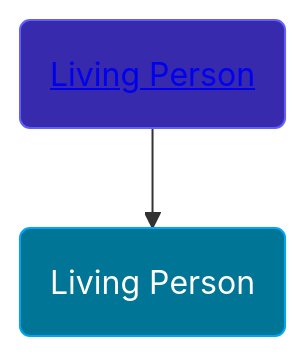
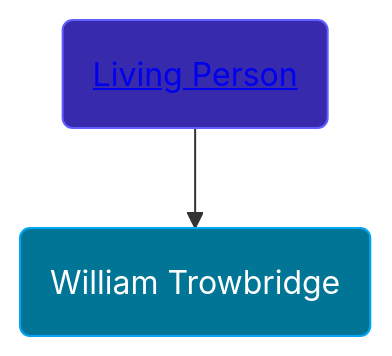
One commit to wpmgotkh/wpmgotkh.github.io changed the diagram in pages/people/5/57269298.md. Above: the diagram before and after it, drawn with Mermaid. The commit also changed other lines of this file and 586 other files, not shown here.

Commit message:
feat: better shouldConsiderPersonLiving algo

````diff
--- a/pages/people/5/57269298.md
+++ b/pages/people/5/57269298.md
@@ -10,8 +10,8 @@
 ```mermaid
 graph
 classDef grands fill:#193cb8,stroke:#2b7fff,stroke-width:1px,color:#fff;
 classDef parents fill:#372aac,stroke:#615fff,stroke-width:1px,color:#fff;
 classDef primary fill:#007595,stroke:#00a6f4,stroke-width:1px,color:#fff;
-57269298(Living Person):::primary
+57269298(William Trowbridge):::primary
 72599424(<a class="text-white" href="/people/7/72599424">Living Person</a>):::parents-->57269298
 ```
````
